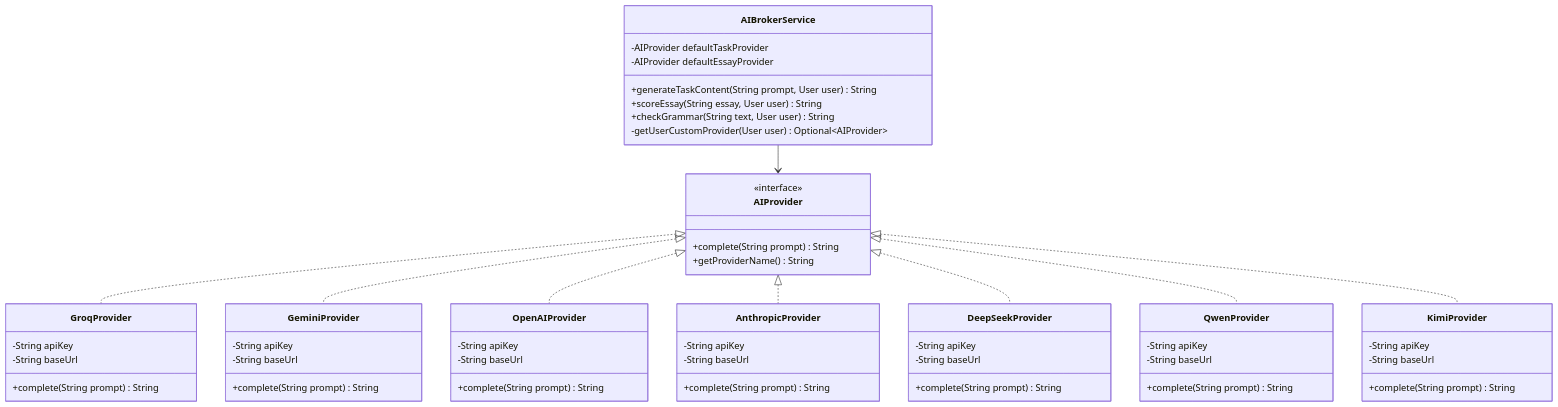
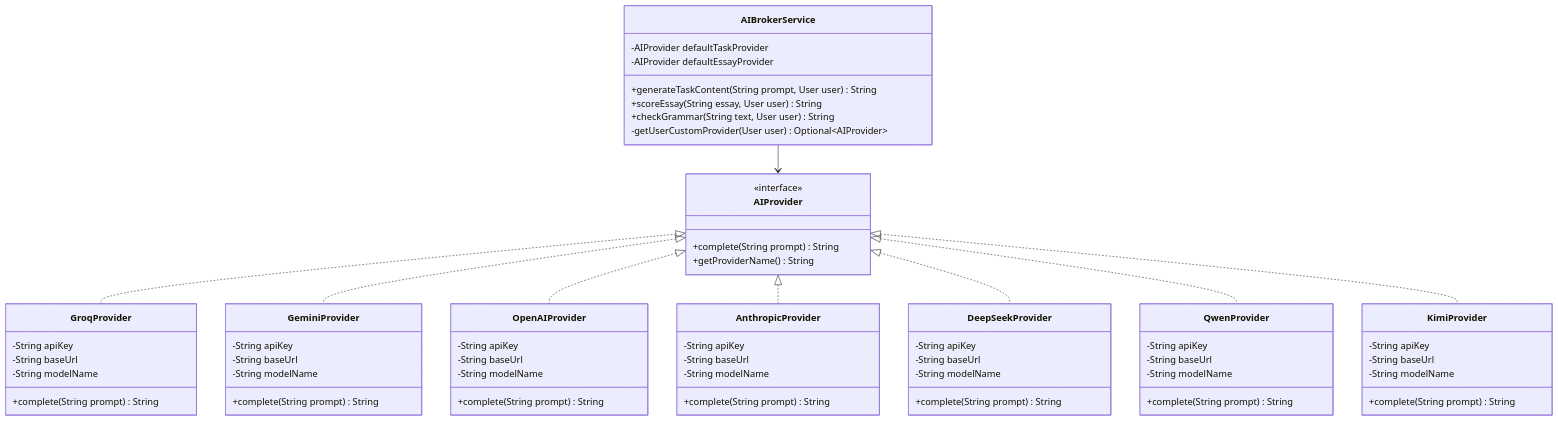
Before and after one commit to botmaksim/lingua-optima: the second of 6 diagrams in docs/AI_INTEGRATION.md, drawn with Mermaid. The commit also changed other lines of this file and 7 other files, not shown here.

Commit message:
docs: update all READMEs, architecture specs, presentation, and regenerate Doxygen/Javadoc

````diff
--- a/docs/AI_INTEGRATION.md
+++ b/docs/AI_INTEGRATION.md
@@ -87,68 +87,75 @@
 ```mermaid
 classDiagram
     class AIBrokerService {
         -AIProvider defaultTaskProvider
         -AIProvider defaultEssayProvider
         +generateTaskContent(String prompt, User user) String
         +scoreEssay(String essay, User user) String
         +checkGrammar(String text, User user) String
         -getUserCustomProvider(User user) Optional~AIProvider~
     }
     
     class AIProvider {
         <<interface>>
         +complete(String prompt) String
         +getProviderName() String
     }
     
     class GroqProvider {
         -String apiKey
         -String baseUrl
+        -String modelName
         +complete(String prompt) String
     }
     
     class GeminiProvider {
         -String apiKey
         -String baseUrl
+        -String modelName
         +complete(String prompt) String
     }
     
     class OpenAIProvider {
         -String apiKey
         -String baseUrl
+        -String modelName
         +complete(String prompt) String
     }
     
     class AnthropicProvider {
         -String apiKey
         -String baseUrl
+        -String modelName
         +complete(String prompt) String
     }
 
     class DeepSeekProvider {
         -String apiKey
         -String baseUrl
+        -String modelName
         +complete(String prompt) String
     }
 
     class QwenProvider {
         -String apiKey
         -String baseUrl
+        -String modelName
         +complete(String prompt) String
     }
 
     class KimiProvider {
         -String apiKey
         -String baseUrl
+        -String modelName
         +complete(String prompt) String
     }
     
     AIBrokerService --> AIProvider
     AIProvider <|.. GroqProvider
     AIProvider <|.. GeminiProvider
     AIProvider <|.. OpenAIProvider
     AIProvider <|.. AnthropicProvider
     AIProvider <|.. DeepSeekProvider
     AIProvider <|.. QwenProvider
     AIProvider <|.. KimiProvider
 ```
````
